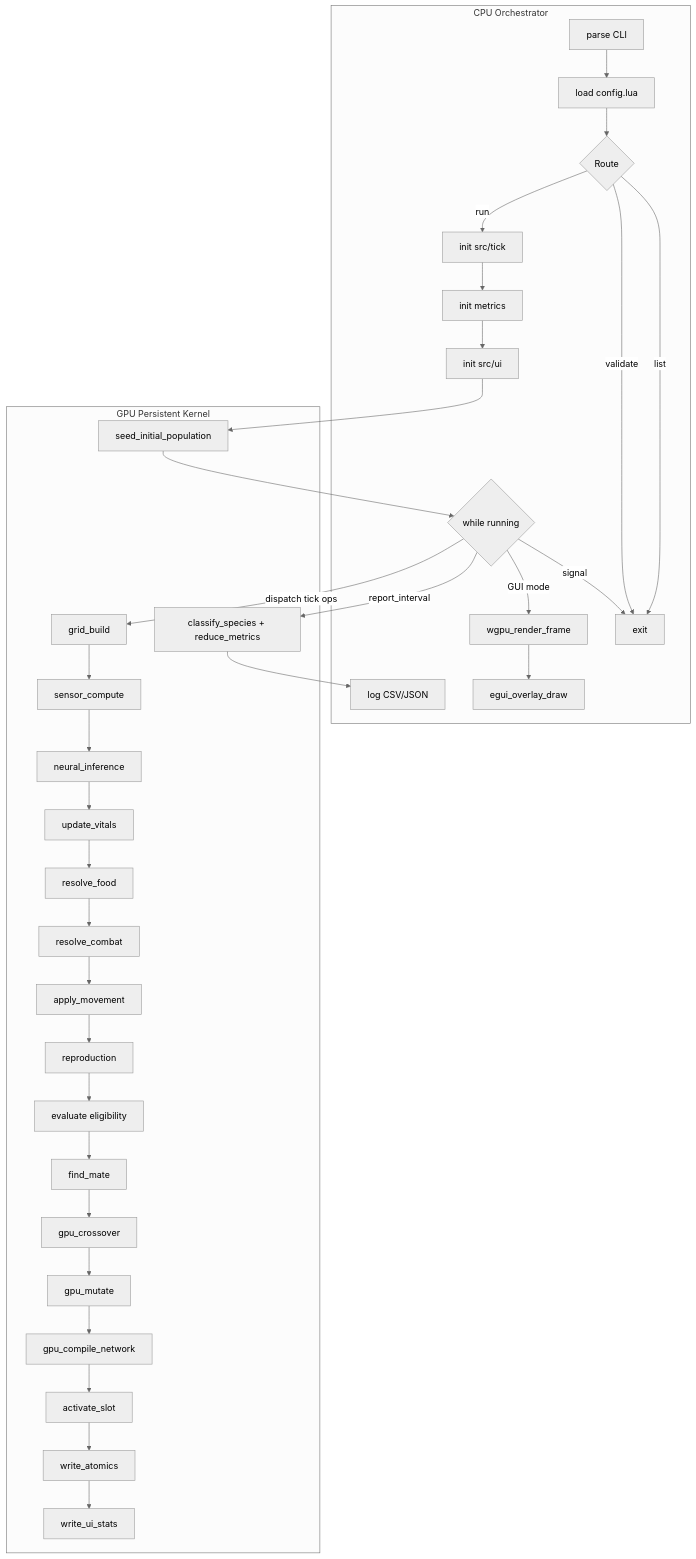
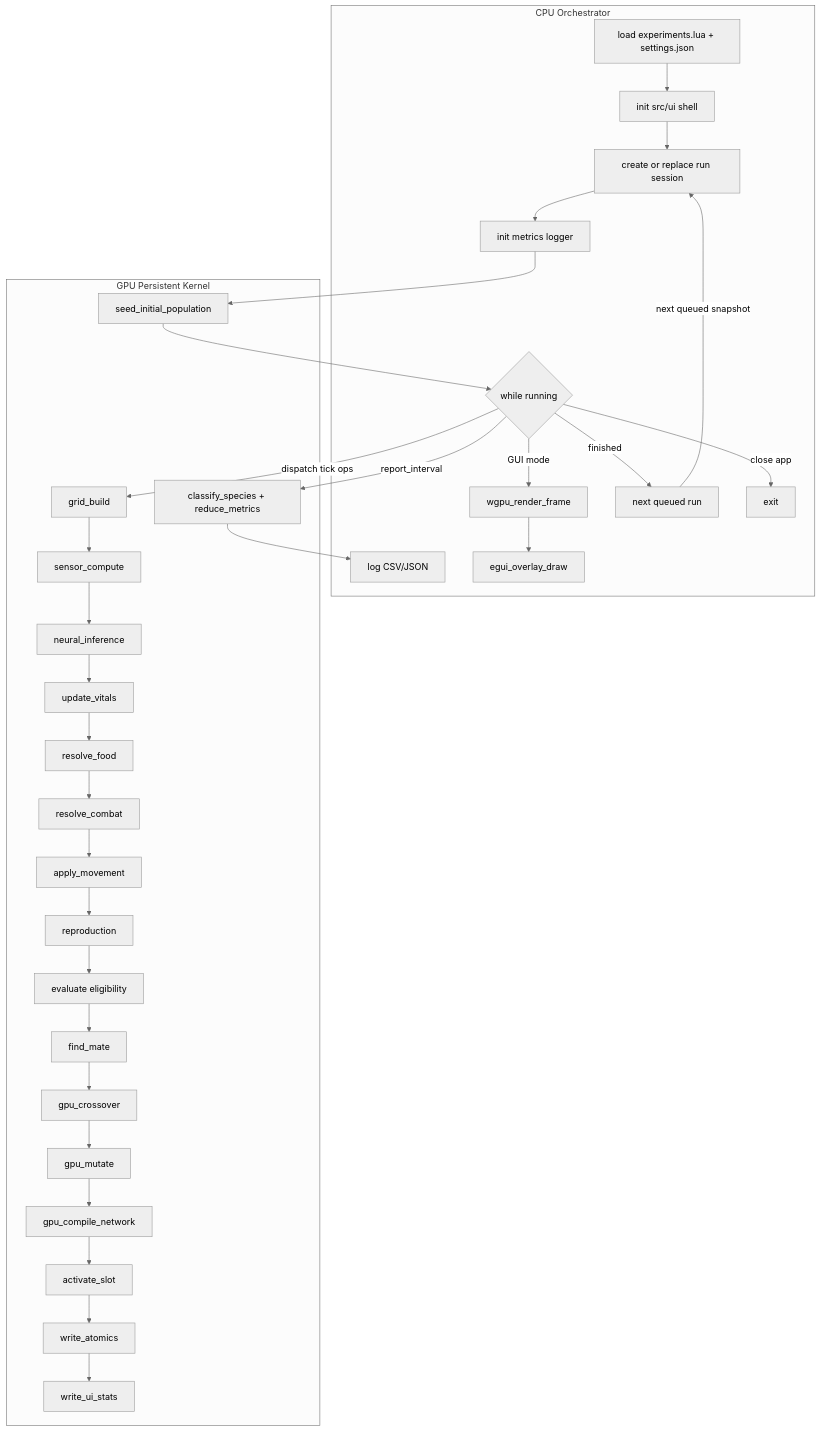
One commit to moon-aii/moonai changed the second of 4 diagrams in docs/internals/architecture.md. Above: the diagram before and after it, drawn with Mermaid (neutral theme). The commit also changed other lines of this file and 22 other files, not shown here.

````diff
--- a/docs/internals/architecture.md
+++ b/docs/internals/architecture.md
@@ -109,51 +113,48 @@
 ```mermaid
 flowchart TD
     subgraph CPU["CPU Orchestrator"]
-        CLI[parse CLI]
-        LUA[load config.lua]
-        ROUTE{Route}
-        INIT_SIM[init src/tick]
-        INIT_LOG[init metrics]
-        INIT_UI[init src/ui]
+        BOOT[load experiments.lua + settings.json]
+        INIT_UI[init src/ui shell]
+        INIT_SIM[create or replace run session]
+        INIT_LOG[init metrics logger]
         TICK_LOOP{while running}
         LOG[log CSV/JSON]
         RENDER[wgpu_render_frame]
         UI[egui_overlay_draw]
+        QUEUE[next queued run]
         EXIT[exit]
     end
 
     subgraph GPU["GPU Persistent Kernel"]
         SEED[seed_initial_population]
         GRID[grid_build]
         SENSOR[sensor_compute]
         INFERENCE[neural_inference]
         VITALS[update_vitals]
         FOOD[resolve_food]
         COMBAT[resolve_combat]
         MOVE[apply_movement]
         REPRO[reproduction]
         EVAL[evaluate eligibility]
         FIND[find_mate]
         CROSS[gpu_crossover]
         MUT[gpu_mutate]
         COMPILE[gpu_compile_network]
         ACTIVATE[activate_slot]
         ATOMICS[write_atomics]
         UISTATS[write_ui_stats]
         REPORT[classify_species + reduce_metrics]
     end
 
-    CLI --> LUA --> ROUTE
-    ROUTE -->|list| EXIT
-    ROUTE -->|validate| EXIT
-    ROUTE -->|run| INIT_SIM
-    INIT_SIM --> INIT_LOG --> INIT_UI --> SEED --> TICK_LOOP
+    BOOT --> INIT_UI --> INIT_SIM --> INIT_LOG --> SEED --> TICK_LOOP
     TICK_LOOP -->|dispatch tick ops| GRID
     GRID --> SENSOR --> INFERENCE --> VITALS --> FOOD --> COMBAT --> MOVE
     MOVE --> REPRO
     REPRO --> EVAL --> FIND --> CROSS --> MUT --> COMPILE --> ACTIVATE
     ACTIVATE --> ATOMICS --> UISTATS
     TICK_LOOP -->|report_interval| REPORT --> LOG
     TICK_LOOP -->|GUI mode| RENDER --> UI
-    TICK_LOOP -->|signal| EXIT
+    TICK_LOOP -->|finished| QUEUE
+    QUEUE -->|next queued snapshot| INIT_SIM
+    TICK_LOOP -->|close app| EXIT
 ```
````
